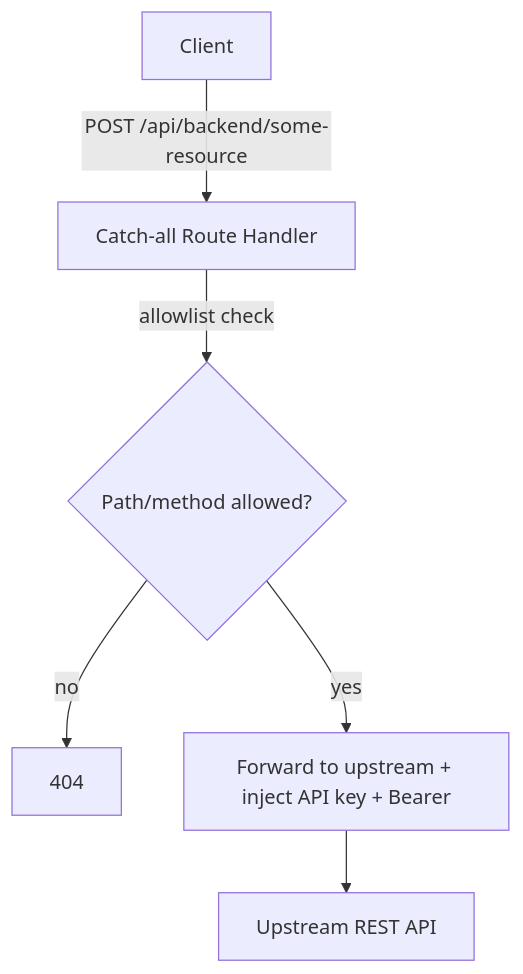
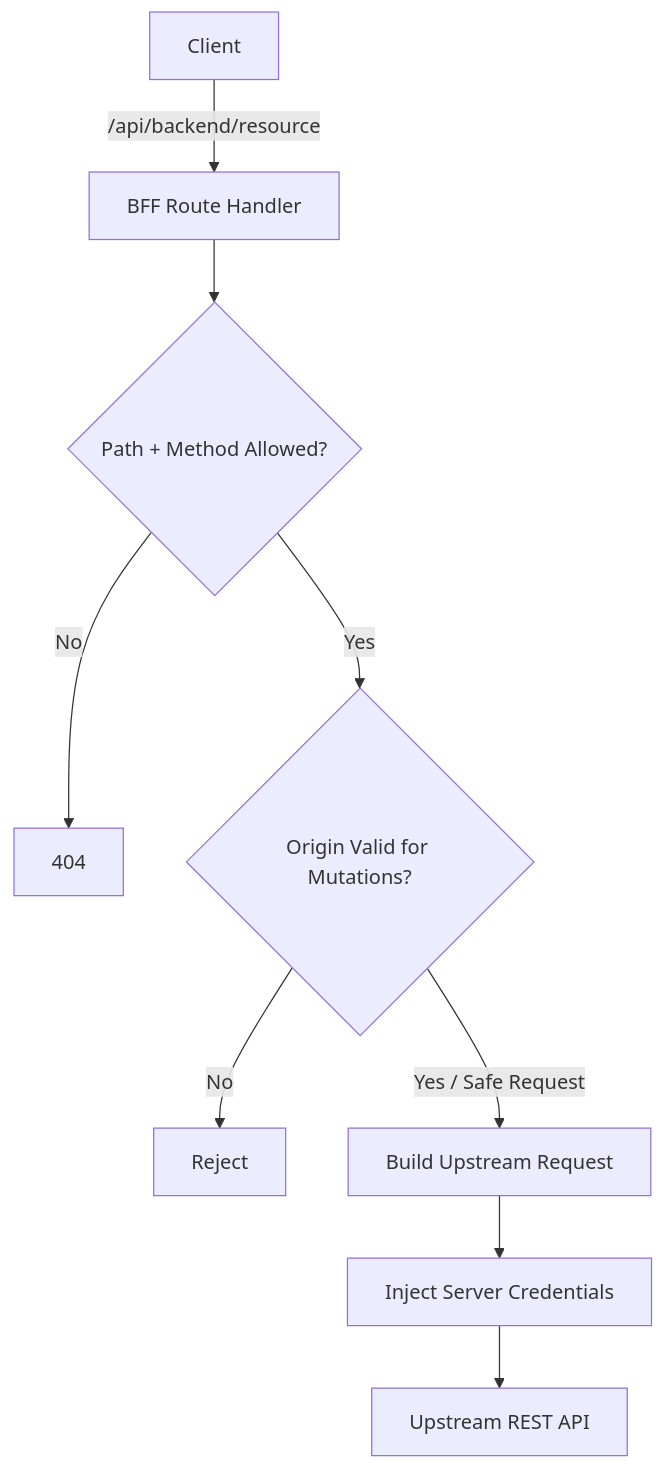
Before and after one commit to suliman-mousa/Rento-Car: the fifth of 7 diagrams in Web-architecture.md, drawn with Mermaid. The commit also changed other lines of this file, not shown here.

````diff
--- a/Web-architecture.md
+++ b/Web-architecture.md
@@ -125,8 +355,15 @@
 ```mermaid
 flowchart TB
-    Client -->|POST /api/backend/some-resource| Proxy[Catch-all Route Handler]
-    Proxy -->|allowlist check| Decision{Path/method allowed?}
-    Decision -->|no| R404[404]
-    Decision -->|yes| Forward[Forward to upstream + inject API key + Bearer]
-    Forward --> Upstream[Upstream REST API]
+    Client -->|/api/backend/resource| Proxy[BFF Route Handler]
+
+    Proxy --> Allowlist{Path + Method Allowed?}
+
+    Allowlist -->|No| Reject[404]
+    Allowlist -->|Yes| Origin{Origin Valid for Mutations?}
+
+    Origin -->|No| RejectOrigin[Reject]
+    Origin -->|Yes / Safe Request| Forward[Build Upstream Request]
+
+    Forward --> Credentials[Inject Server Credentials]
+    Credentials --> API[Upstream REST API]
 ```
````
